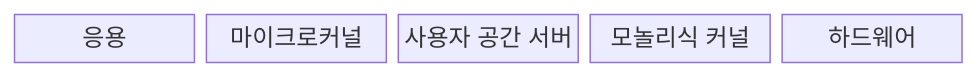
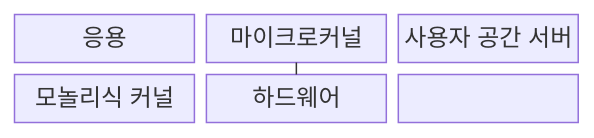
The first of 2 diagrams in src/content/docs/notes/03-software/024_microkernel_vs_monolithic.md (agnusdei1207/knowledge-base), drawn with Mermaid before and after one commit. The commit also changed other lines of this file and 238 other files, not shown here.

````diff
--- a/src/content/docs/notes/03-software/024_microkernel_vs_monolithic.md
+++ b/src/content/docs/notes/03-software/024_microkernel_vs_monolithic.md
@@ -62,9 +62,12 @@
 ```mermaid
-block
-  columns 5
+block-beta
+  columns 3
   A["응용"]
   M["마이크로커널"]
   S["사용자 공간 서버"]
   K["모놀리식 커널"]
   H["하드웨어"]
+  A --- M --- S
+  M --- H
+  A --- K --- H
 ```
````
